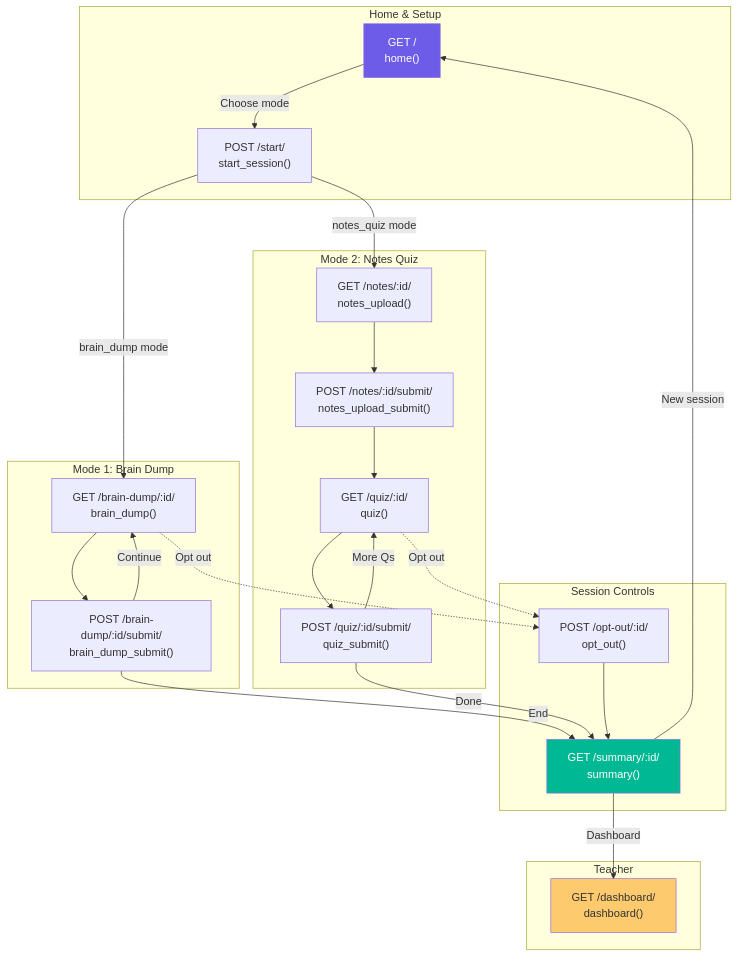
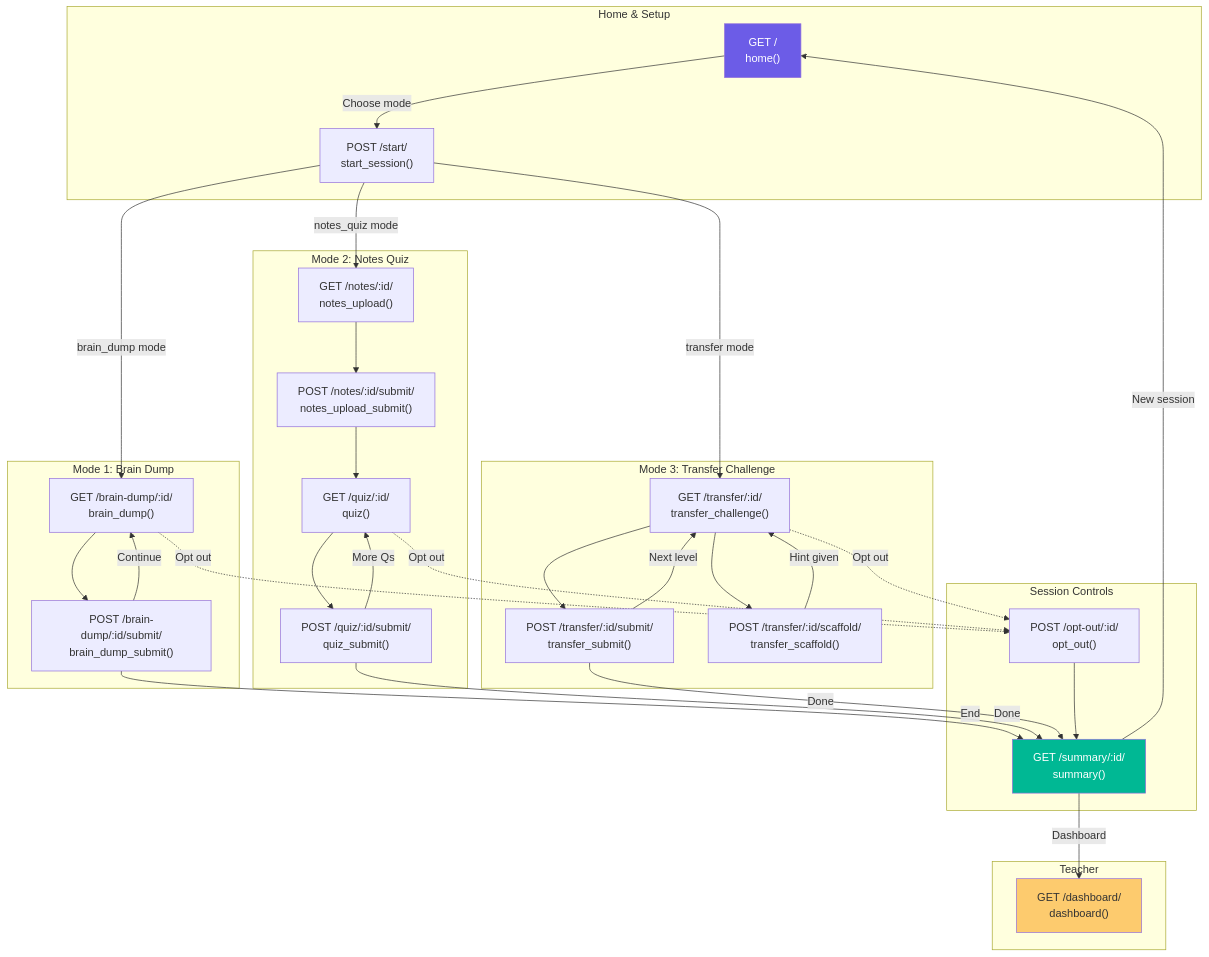
Before and after one commit to ChenMel27/adaptive-recall-engine: the first of 2 diagrams in docs/url-routes.md, drawn with Mermaid. The commit also changed other lines of this file and 14 other files, not shown here.

````diff
--- a/docs/url-routes.md
+++ b/docs/url-routes.md
@@ -5,53 +5,67 @@
 ```mermaid
 graph TD
     subgraph "Home & Setup"
         R1["GET /<br/>home()"]
         R2["POST /start/<br/>start_session()"]
     end
 
     subgraph "Mode 1: Brain Dump"
         R3["GET /brain-dump/:id/<br/>brain_dump()"]
         R4["POST /brain-dump/:id/submit/<br/>brain_dump_submit()"]
     end
 
     subgraph "Mode 2: Notes Quiz"
         R5["GET /notes/:id/<br/>notes_upload()"]
         R6["POST /notes/:id/submit/<br/>notes_upload_submit()"]
         R7["GET /quiz/:id/<br/>quiz()"]
         R8["POST /quiz/:id/submit/<br/>quiz_submit()"]
     end
 
+    subgraph "Mode 3: Transfer Challenge"
+        R12["GET /transfer/:id/<br/>transfer_challenge()"]
+        R13["POST /transfer/:id/submit/<br/>transfer_submit()"]
+        R14["POST /transfer/:id/scaffold/<br/>transfer_scaffold()"]
+    end
+
     subgraph "Session Controls"
         R9["POST /opt-out/:id/<br/>opt_out()"]
         R10["GET /summary/:id/<br/>summary()"]
     end
 
     subgraph "Teacher"
         R11["GET /dashboard/<br/>dashboard()"]
     end
 
     R1 -->|"Choose mode"| R2
     R2 -->|"brain_dump mode"| R3
     R2 -->|"notes_quiz mode"| R5
+    R2 -->|"transfer mode"| R12
 
     R3 --> R4
     R4 -->|"Continue"| R3
     R4 -->|"End"| R10
 
     R5 --> R6
     R6 --> R7
     R7 --> R8
     R8 -->|"More Qs"| R7
     R8 -->|"Done"| R10
 
+    R12 --> R13
+    R13 -->|"Next level"| R12
+    R13 -->|"Done"| R10
+    R12 --> R14
+    R14 -->|"Hint given"| R12
+
     R3 -.->|"Opt out"| R9
     R7 -.->|"Opt out"| R9
+    R12 -.->|"Opt out"| R9
     R9 --> R10
 
     R10 -->|"New session"| R1
     R10 -->|"Dashboard"| R11
 
     style R1 fill:#6c5ce7,color:#fff
     style R10 fill:#00b894,color:#fff
     style R11 fill:#fdcb6e,color:#333
 ```
````
